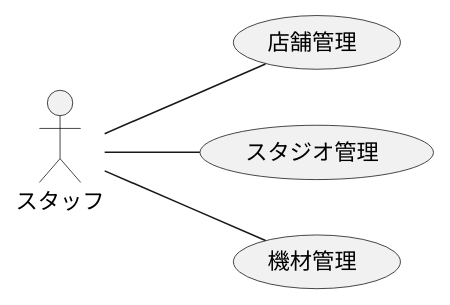
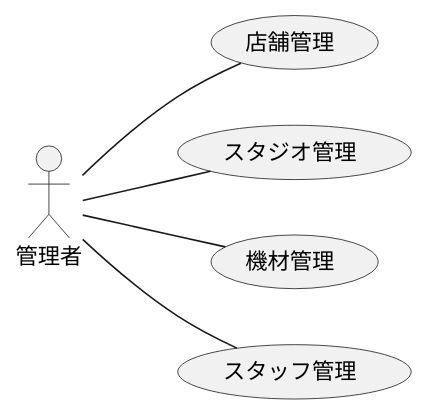
One commit to TakashiOnawa/ddd-practice-studio-reservation changed the diagram in modeling/04_BusinessUsecase_設備管理.pu. Above: the diagram before and after it, drawn with PlantUML. The commit also changed 5 other files, not shown here.

```diff
--- a/modeling/04_BusinessUsecase_設備管理.pu
+++ b/modeling/04_BusinessUsecase_設備管理.pu
@@ -1,11 +1,12 @@
 @startuml BusinessUsecase
 
 left to right direction
 
-actor スタッフ
+actor 管理者
 
-スタッフ -- (店舗管理)
-スタッフ -- (スタジオ管理)
-スタッフ -- (機材管理)
+管理者 -- (店舗管理)
+管理者 -- (スタジオ管理)
+管理者 -- (機材管理)
+管理者 -- (スタッフ管理)
 
 @enduml
```
